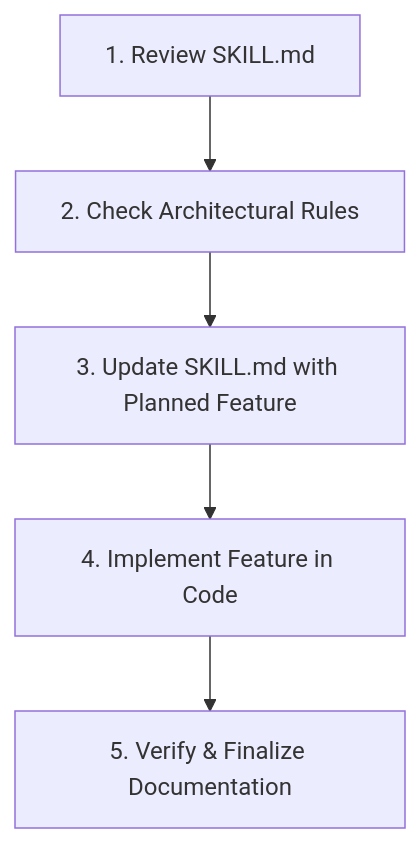
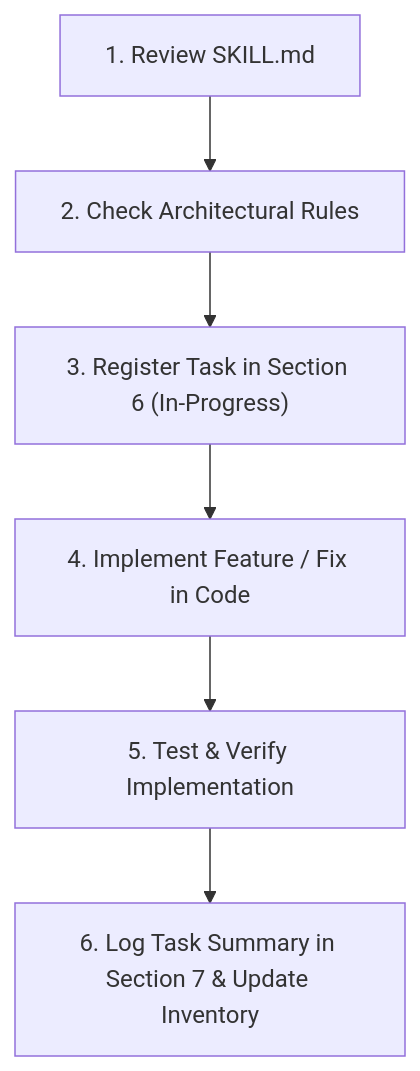
The diagram in SKILL.md (crevosys-official/crevosys_2.0), drawn with Mermaid before and after one commit. The commit also changed other lines of this file and 27 other files, not shown here.

````diff
--- a/SKILL.md
+++ b/SKILL.md
@@ -167,7 +177,8 @@
 ```mermaid
 flowchart TD
     A["1. Review SKILL.md"] --> B["2. Check Architectural Rules"]
-    B --> C["3. Update SKILL.md with Planned Feature"]
-    C --> D["4. Implement Feature in Code"]
-    D --> E["5. Verify & Finalize Documentation"]
+    B --> C["3. Register Task in Section 6 (In-Progress)"]
+    C --> D["4. Implement Feature / Fix in Code"]
+    D --> E["5. Test & Verify Implementation"]
+    E --> F["6. Log Task Summary in Section 7 & Update Inventory"]
 ```
````
